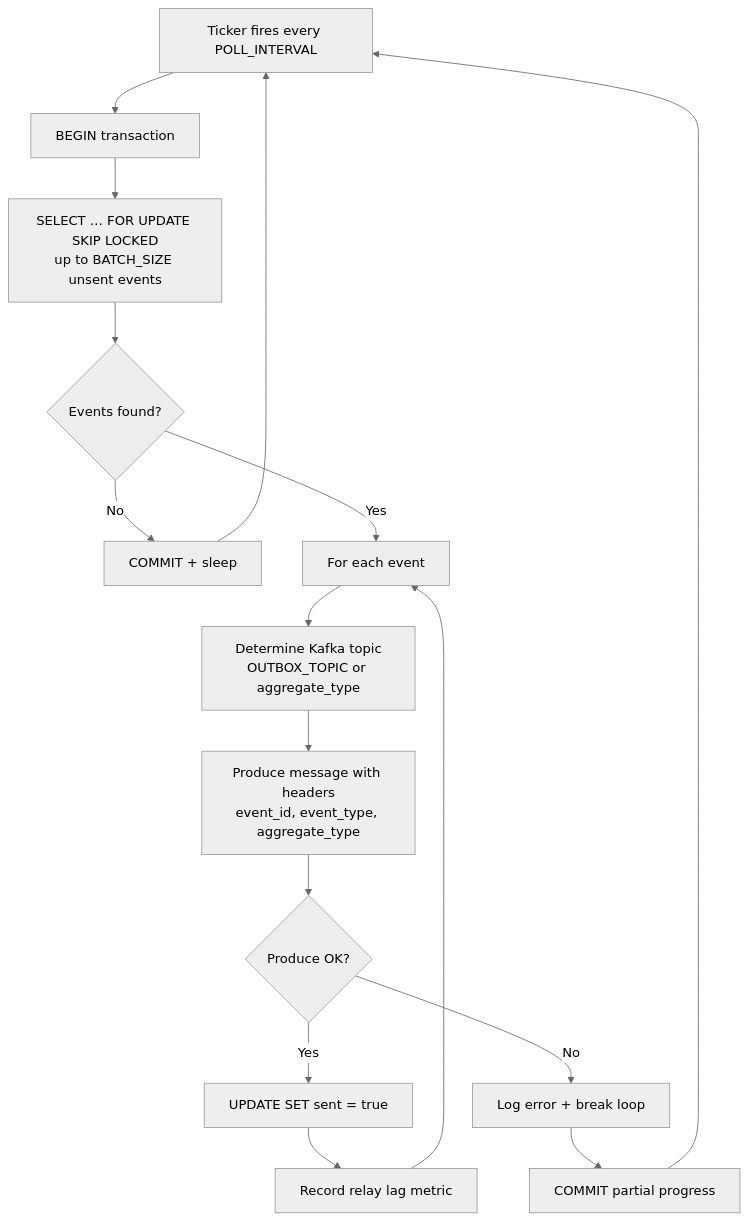
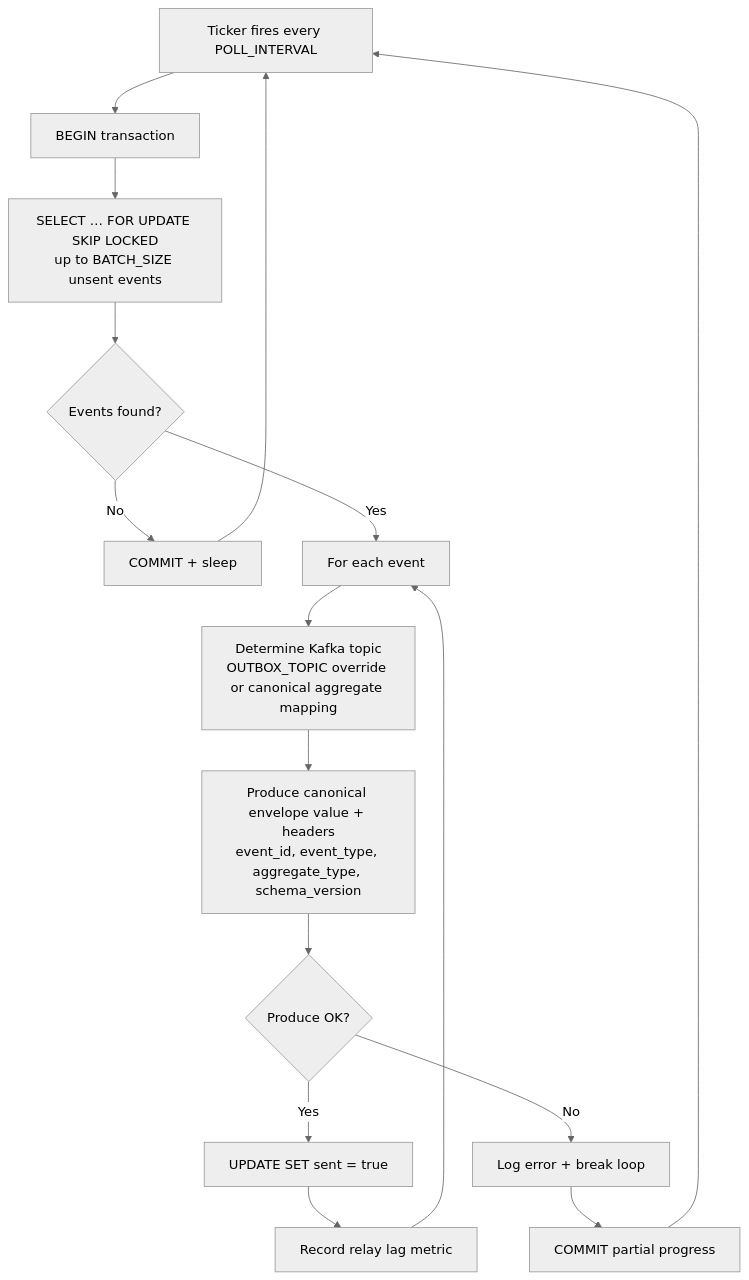
Before and after one commit to sunitakeazycommerz-a11y/InstaCommerce: the second of 3 diagrams in services/outbox-relay-service/README.md, drawn with Mermaid (neutral theme). The commit also changed other lines of this file and 31 other files, not shown here.

````diff
--- a/services/outbox-relay-service/README.md
+++ b/services/outbox-relay-service/README.md
@@ -19,18 +19,18 @@
 ```mermaid
 flowchart TD
     A[Ticker fires every POLL_INTERVAL] --> B[BEGIN transaction]
     B --> C["SELECT … FOR UPDATE SKIP LOCKED<br/>up to BATCH_SIZE unsent events"]
     C --> D{Events found?}
     D -->|No| E[COMMIT + sleep]
     D -->|Yes| F[For each event]
-    F --> G[Determine Kafka topic<br/>OUTBOX_TOPIC or aggregate_type]
-    G --> H[Produce message with headers<br/>event_id, event_type, aggregate_type]
+    F --> G[Determine Kafka topic<br/>OUTBOX_TOPIC override or canonical aggregate mapping]
+    G --> H[Produce canonical envelope value + headers<br/>event_id, event_type, aggregate_type, schema_version]
     H --> I{Produce OK?}
     I -->|Yes| J["UPDATE SET sent = true"]
     I -->|No| K[Log error + break loop]
     J --> L[Record relay lag metric]
     L --> F
     K --> M[COMMIT partial progress]
     E --> A
     M --> A
 ```
````
